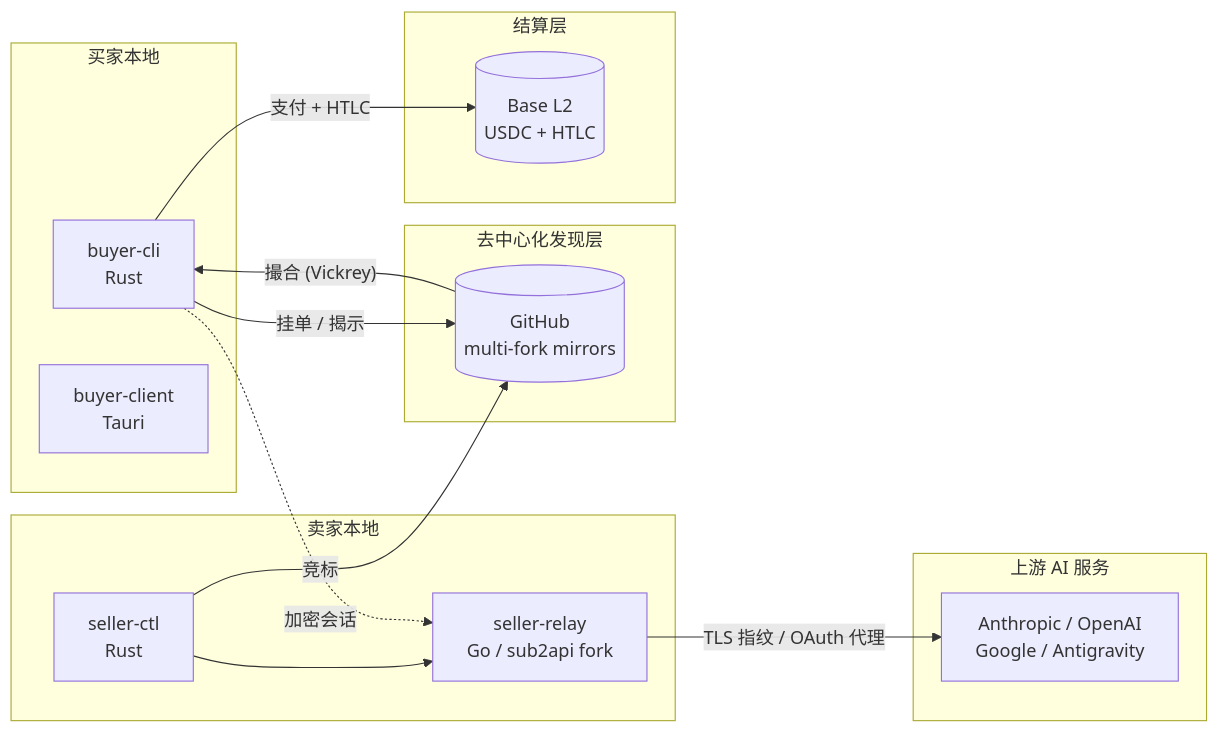
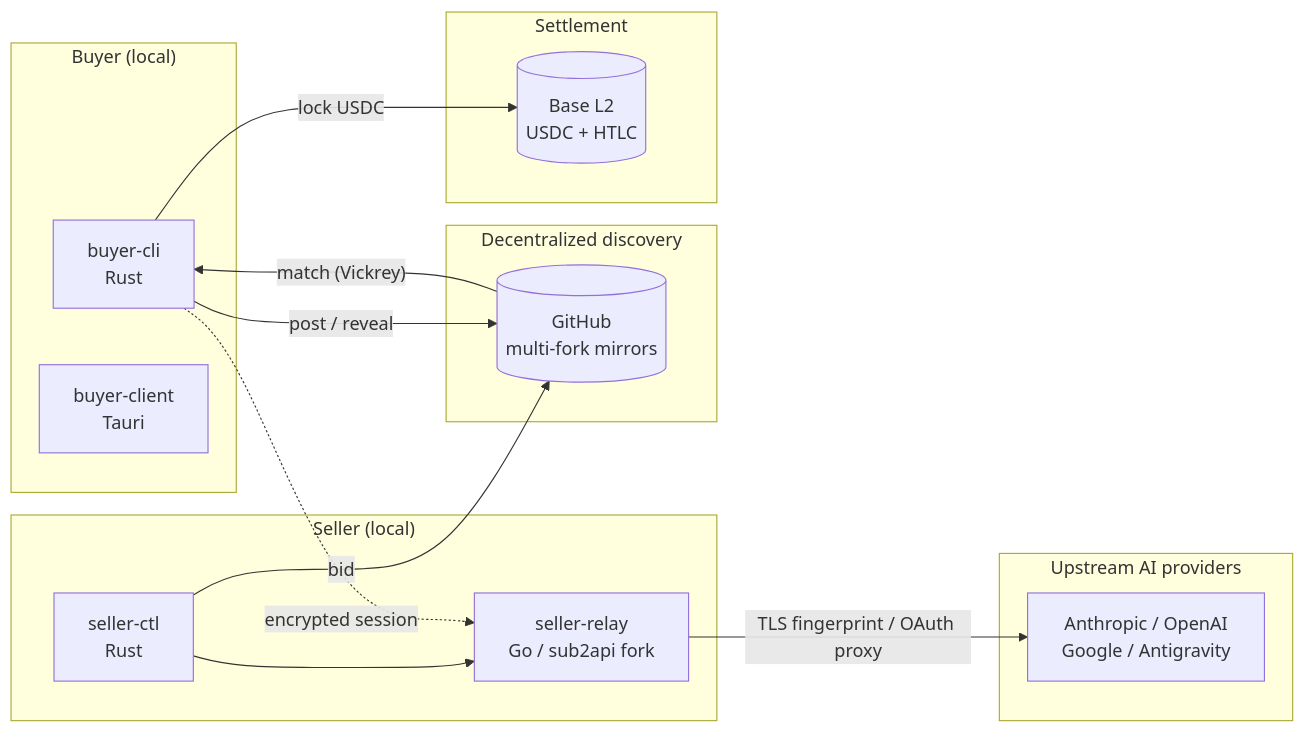
The first of 2 diagrams in README.md (goday-org/ai-bazaar), drawn with Mermaid before and after one commit. The commit also changed other lines of this file and 1 other file, not shown here.

````diff
--- a/README.md
+++ b/README.md
@@ -61,32 +66,32 @@
 ```mermaid
 flowchart LR
-    subgraph Buyer["买家本地"]
+    subgraph Buyer["Buyer (local)"]
         BCLI[buyer-cli<br/>Rust]
         BGUI[buyer-client<br/>Tauri]
     end
 
-    subgraph Seller["卖家本地"]
+    subgraph Seller["Seller (local)"]
         SCTL[seller-ctl<br/>Rust]
         SRELAY[seller-relay<br/>Go / sub2api fork]
     end
 
-    subgraph Discovery["去中心化发现层"]
+    subgraph Discovery["Decentralized discovery"]
         GH[(GitHub<br/>multi-fork mirrors)]
     end
 
-    subgraph Chain["结算层"]
+    subgraph Chain["Settlement"]
         BASE[(Base L2<br/>USDC + HTLC)]
     end
 
-    subgraph Upstream["上游 AI 服务"]
+    subgraph Upstream["Upstream AI providers"]
         AI[Anthropic / OpenAI<br/>Google / Antigravity]
     end
 
-    BCLI -- "挂单 / 揭示" --> GH
-    SCTL -- "竞标" --> GH
-    GH -- "撮合 (Vickrey)" --> BCLI
-    BCLI -- "支付 + HTLC" --> BASE
+    BCLI -- "post / reveal" --> GH
+    SCTL -- "bid" --> GH
+    GH -- "match (Vickrey)" --> BCLI
+    BCLI -- "lock USDC" --> BASE
     SCTL --> SRELAY
-    SRELAY -- "TLS 指纹 / OAuth 代理" --> AI
-    BCLI -.->|"加密会话"| SRELAY
+    SRELAY -- "TLS fingerprint / OAuth proxy" --> AI
+    BCLI -.->|"encrypted session"| SRELAY
 ```
````
